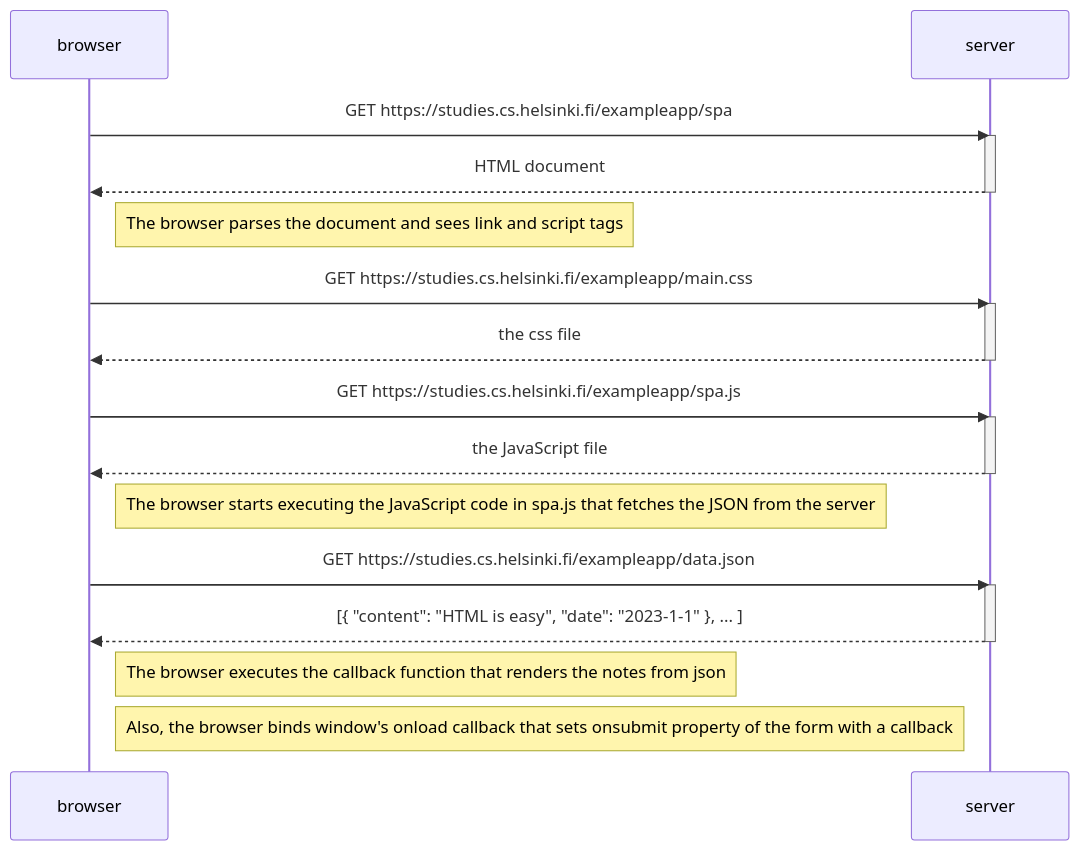
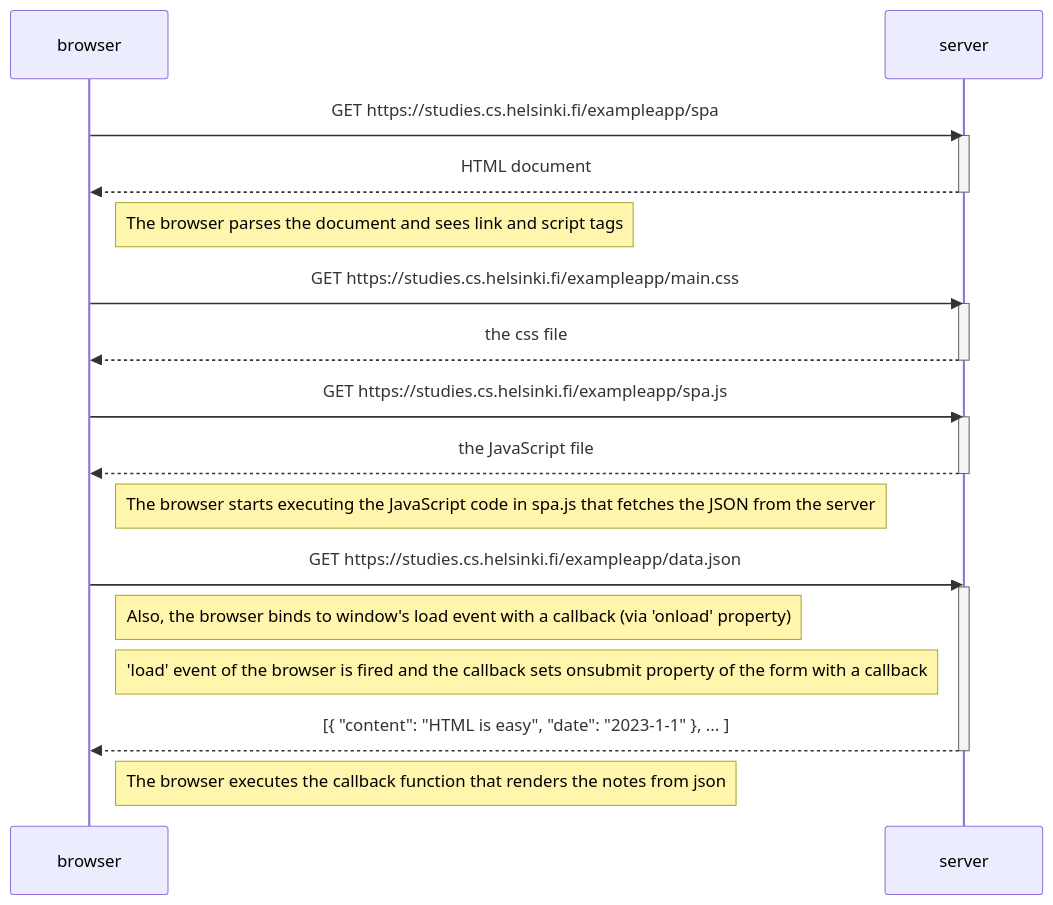
Before and after one commit to adnan333bd/fullstack-sobhani: the diagram in part0/spa/0.5.md, drawn with Mermaid. The commit also changed other lines of this file and 2 other files, not shown here.

Commit message:
clean flow charts

````diff
--- a/part0/spa/0.5.md
+++ b/part0/spa/0.5.md
@@ -3,33 +3,39 @@
 ```mermaid
 sequenceDiagram
     participant browser
     participant server
     
     browser->>server: GET https://studies.cs.helsinki.fi/exampleapp/spa
     activate server    
     server-->>browser: HTML document
     deactivate server
     
     Note right of browser: The browser parses the document and sees link and script tags      
     
     browser->>server: GET https://studies.cs.helsinki.fi/exampleapp/main.css
     activate server
     server-->>browser: the css file
     deactivate server
     
     browser->>server: GET https://studies.cs.helsinki.fi/exampleapp/spa.js
     activate server
     server-->>browser: the JavaScript file
     deactivate server
     
     Note right of browser: The browser starts executing the JavaScript code in spa.js that fetches the JSON from the server
     
+    
     browser->>server: GET https://studies.cs.helsinki.fi/exampleapp/data.json
-    activate server
-    server-->>browser: [{ "content": "HTML is easy", "date": "2023-1-1" }, ... ]
+    activate server      
+    
+    Note right of browser: Also, the browser binds to window's load event with a callback (via 'onload' property)
+    
+    Note right of browser: 'load' event of the browser is fired and the callback  sets onsubmit property of the form with a callback
+    
+     server-->>browser: [{ "content": "HTML is easy", "date": "2023-1-1" }, ... ]
     deactivate server    
 
     Note right of browser: The browser executes the callback function that renders the notes from json 
     
-    Note right of browser: Also, the browser binds window's onload callback that sets onsubmit property of the form with a callback    
+     
 ```
````
